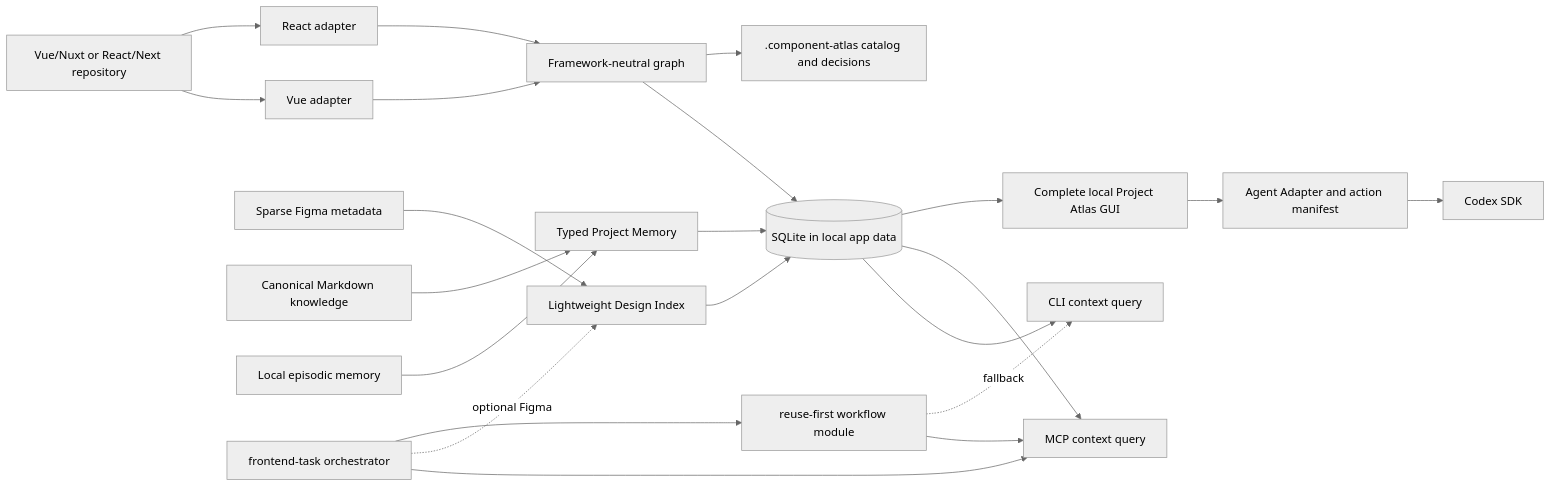
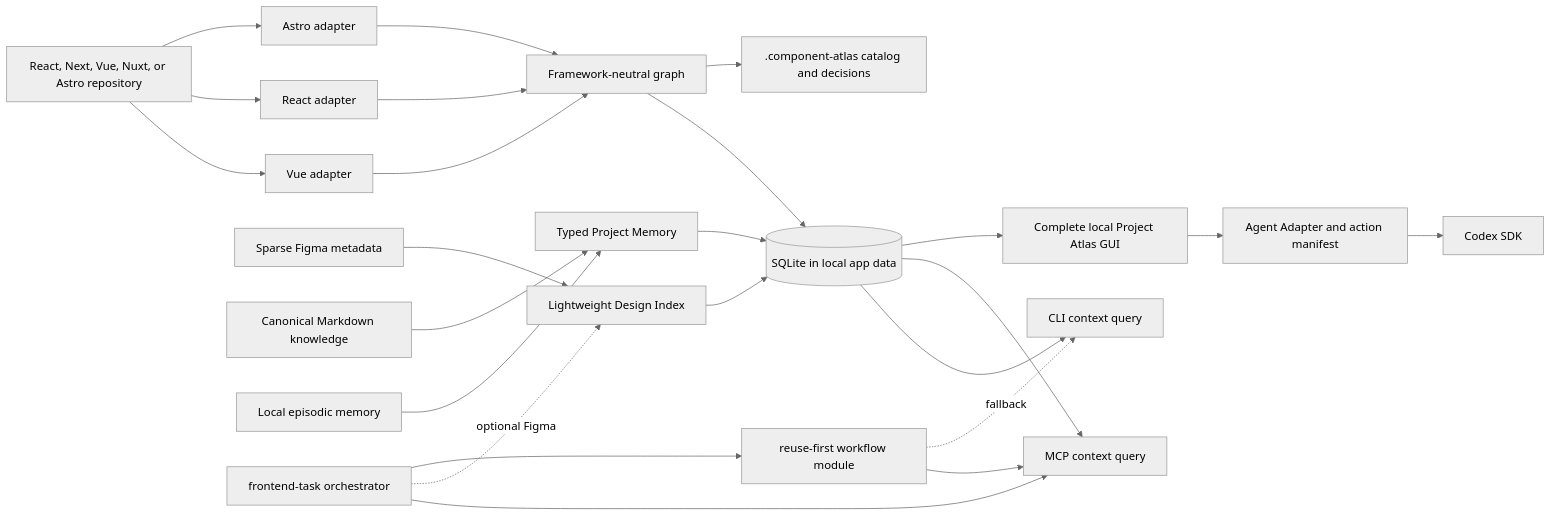
The diagram in docs/architecture.md (jesus-molano/project-atlas), drawn with Mermaid (neutral theme) before and after one commit. The commit also changed other lines of this file and 105 other files, not shown here.

````diff
--- a/docs/architecture.md
+++ b/docs/architecture.md
@@ -7,43 +7,46 @@
 ```mermaid
 flowchart LR
-  R[Vue/Nuxt or React/Next repository]
+  R[React, Next, Vue, Nuxt, or Astro repository]
   V[Vue adapter]
   X[React adapter]
+  O[Astro adapter]
   G[Framework-neutral graph]
   F[Sparse Figma metadata]
   D[Lightweight Design Index]
   H[Canonical Markdown knowledge]
   E[Local episodic memory]
   P[Typed Project Memory]
   S[(SQLite in local app data)]
   A[.component-atlas catalog and decisions]
   C[CLI context query]
   M[MCP context query]
   W[Complete local Project Atlas GUI]
   Q[Agent Adapter and action manifest]
   Z[Codex SDK]
   T[frontend-task orchestrator]
   K[reuse-first workflow module]
 
   R --> V
   R --> X
+  R --> O
   V --> G
   X --> G
+  O --> G
   F --> D
   G --> S
   D --> S
   H --> P
   E --> P
   P --> S
   G --> A
   S --> C
   S --> M
   S --> W
   W --> Q
   Q --> Z
   T --> M
   T -. optional Figma .-> D
   T --> K
   K --> M
   K -. fallback .-> C
 ```
````
